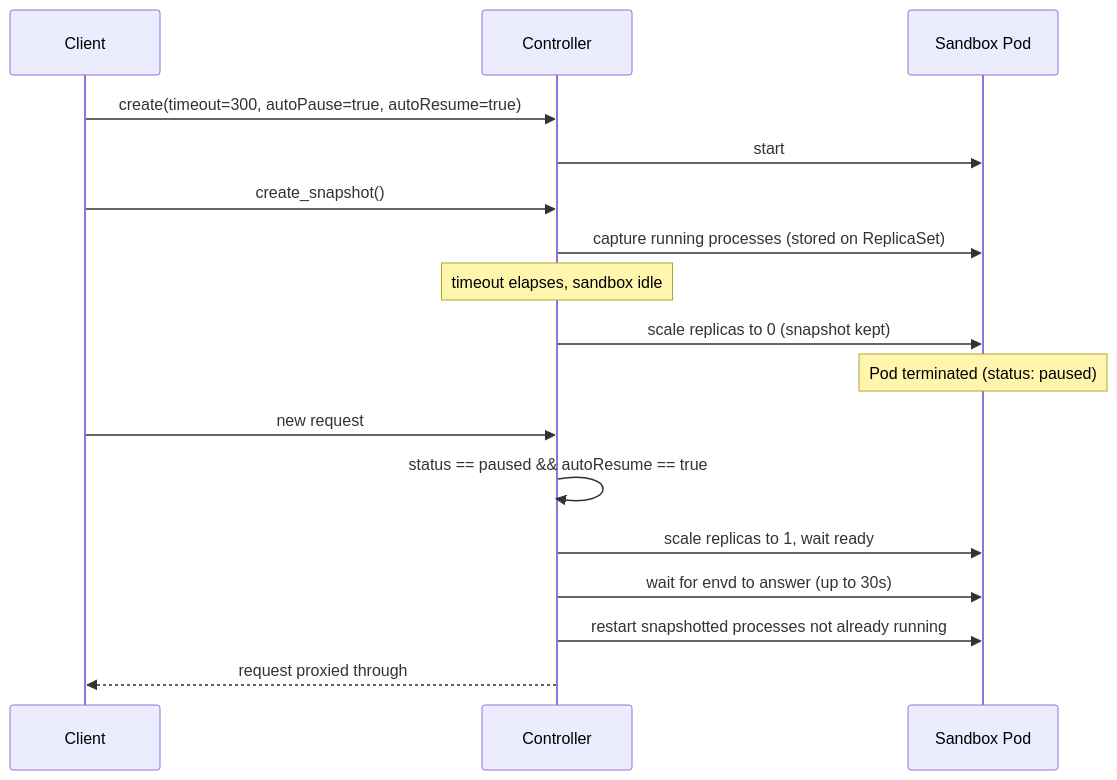
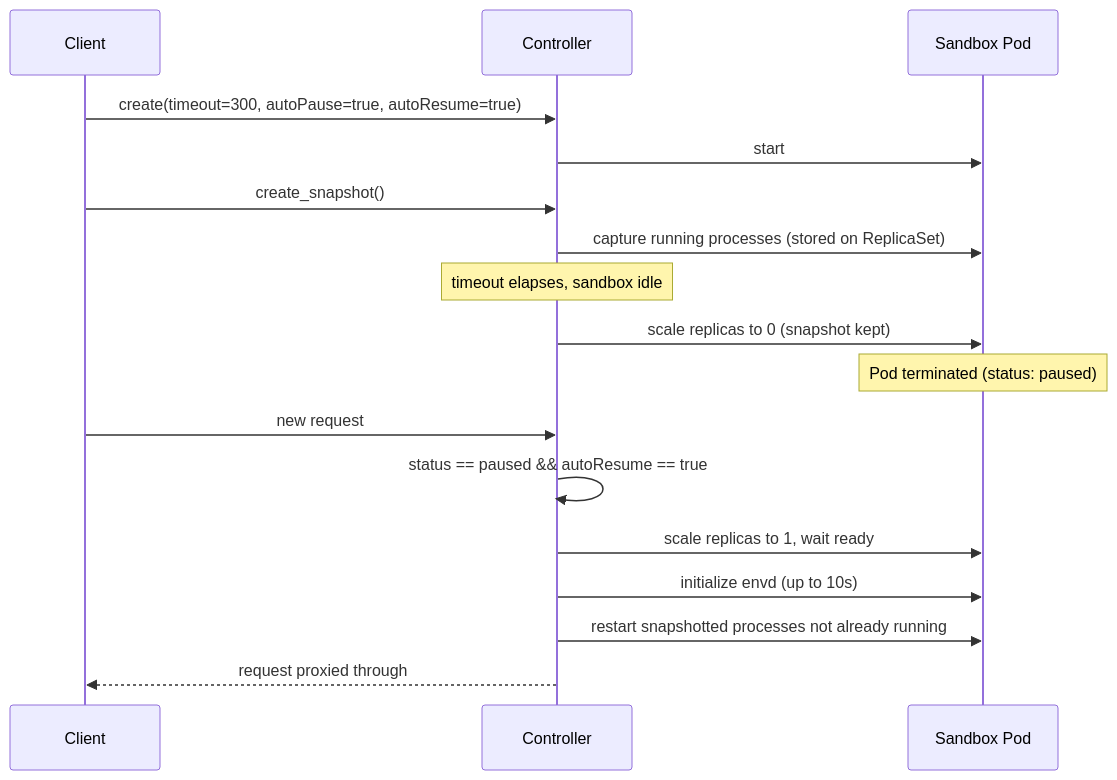
One commit to agent-sandbox/agent-sandbox.github.io changed the diagram in docs/guides/pause_resume.md. Above: the diagram before and after it, drawn with Mermaid. The commit also changed other lines of this file and 3 other files, not shown here.

````diff
--- a/docs/guides/pause_resume.md
+++ b/docs/guides/pause_resume.md
@@ -80,21 +85,21 @@
 ```mermaid
 sequenceDiagram
     participant Client
     participant Controller
     participant Pod as Sandbox Pod
 
     Client->>Controller: create(timeout=300, autoPause=true, autoResume=true)
     Controller->>Pod: start
     Client->>Controller: create_snapshot()
     Controller->>Pod: capture running processes (stored on ReplicaSet)
     Note over Controller: timeout elapses, sandbox idle
     Controller->>Pod: scale replicas to 0 (snapshot kept)
     Note over Pod: Pod terminated (status: paused)
 
     Client->>Controller: new request
     Controller->>Controller: status == paused && autoResume == true
     Controller->>Pod: scale replicas to 1, wait ready
-    Controller->>Pod: wait for envd to answer (up to 30s)
+    Controller->>Pod: initialize envd (up to 10s)
     Controller->>Pod: restart snapshotted processes not already running
     Controller-->>Client: request proxied through
 ```
````
